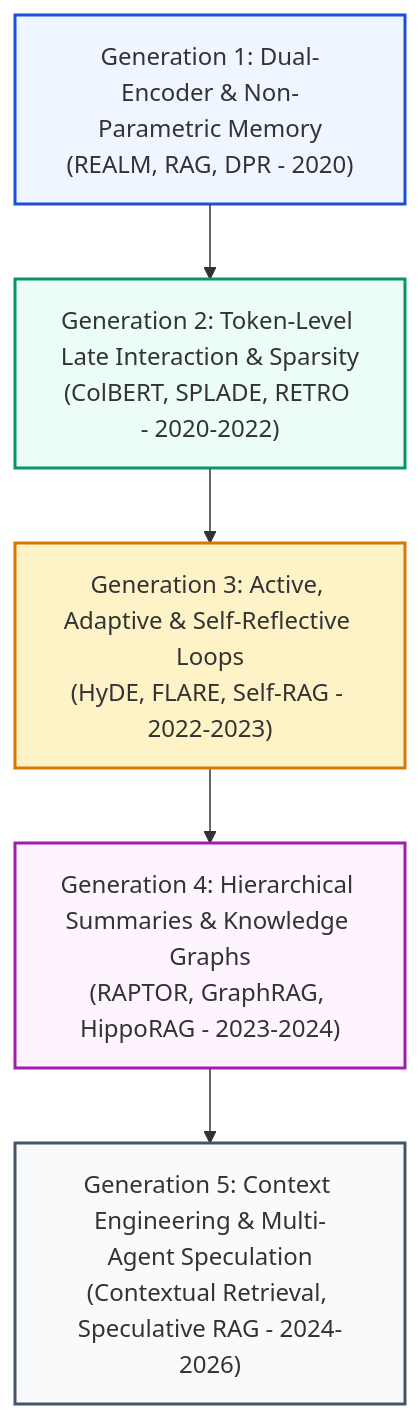
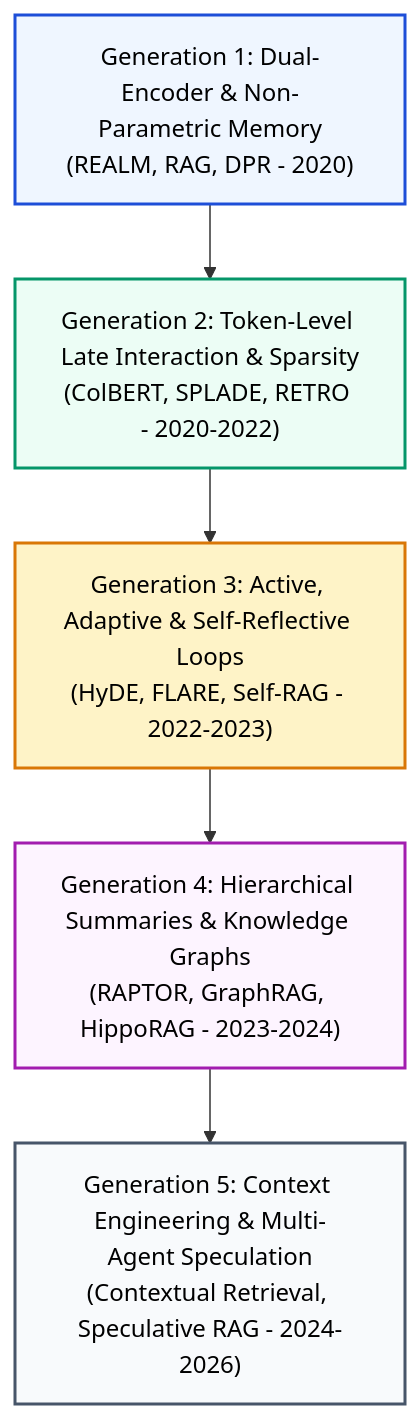
Before and after one commit to swapnil3104/RAG-Engineering: the first of 7 diagrams in 12-Resources/Research-Papers.md, drawn with Mermaid. The commit also changed other lines of this file and 108 other files, not shown here.

Commit message:
fix: make chart text visible across all Mermaid diagrams and resolve markdown table formatting issues

````diff
--- a/12-Resources/Research-Papers.md
+++ b/12-Resources/Research-Papers.md
@@ -29,16 +29,16 @@
 ```mermaid
 flowchart TD
     G1["Generation 1: Dual-Encoder & Non-Parametric Memory<br/>(REALM, RAG, DPR - 2020)"]
     G2["Generation 2: Token-Level Late Interaction & Sparsity<br/>(ColBERT, SPLADE, RETRO - 2020-2022)"]
     G3["Generation 3: Active, Adaptive & Self-Reflective Loops<br/>(HyDE, FLARE, Self-RAG - 2022-2023)"]
     G4["Generation 4: Hierarchical Summaries & Knowledge Graphs<br/>(RAPTOR, GraphRAG, HippoRAG - 2023-2024)"]
     G5["Generation 5: Context Engineering & Multi-Agent Speculation<br/>(Contextual Retrieval, Speculative RAG - 2024-2026)"]
 
     G1 --> G2 --> G3 --> G4 --> G5
 
-    style G1 fill:#eff6ff,stroke:#1d4ed8,stroke-width:2px
-    style G2 fill:#ecfdf5,stroke:#059669,stroke-width:2px
-    style G3 fill:#fef3c7,stroke:#d97706,stroke-width:2px
-    style G4 fill:#fdf4ff,stroke:#a21caf,stroke-width:2px
-    style G5 fill:#f8fafc,stroke:#475569,stroke-width:2px
+    style G1 fill:#eff6ff,stroke:#1d4ed8,stroke-width:2px,color:#000000
+    style G2 fill:#ecfdf5,stroke:#059669,stroke-width:2px,color:#000000
+    style G3 fill:#fef3c7,stroke:#d97706,stroke-width:2px,color:#000000
+    style G4 fill:#fdf4ff,stroke:#a21caf,stroke-width:2px,color:#000000
+    style G5 fill:#f8fafc,stroke:#475569,stroke-width:2px,color:#000000
 ```
````
